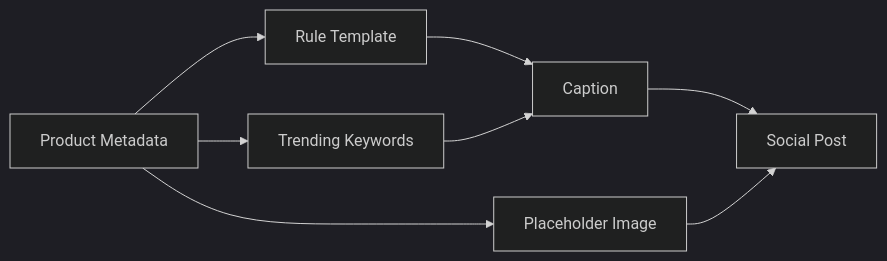
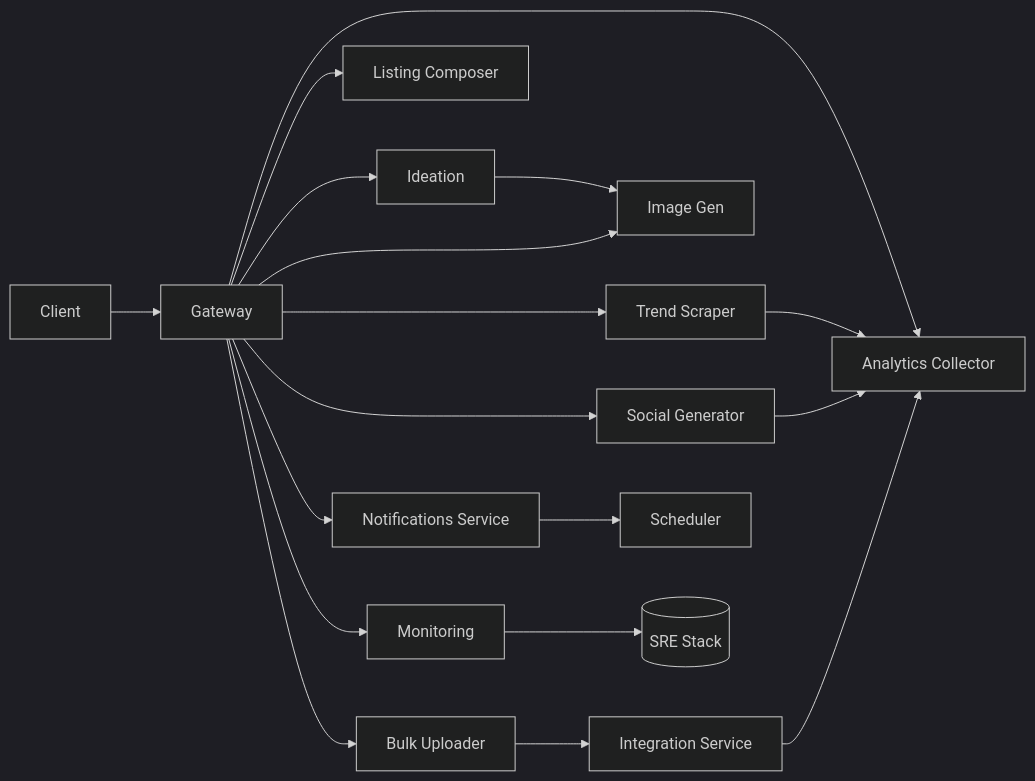
The first of 2 diagrams in docs/internal_docs.md (g4mm4p4nd4/PODPusher), drawn with Mermaid (dark theme) before and after one commit. The commit also changed other lines of this file and 2 other files, not shown here.

````diff
--- a/docs/internal_docs.md
+++ b/docs/internal_docs.md
@@ -102,10 +19,20 @@
 ```mermaid
 flowchart LR
-    A[Product Metadata] --> B[Rule Template]
-    A --> C[Trending Keywords]
-    B --> D[Caption]
-    C --> D
-    A --> E[Placeholder Image]
-    D --> F[Social Post]
-    E --> F
+    Client --> GW[Gateway]
+    GW --> Scraper[Trend Scraper]
+    GW --> Ideation
+    Ideation --> ImageGen[Image Gen]
+    GW --> ImageGen
+    GW --> Listing[Listing Composer]
+    GW --> Social[Social Generator]
+    GW --> Bulk[Bulk Uploader]
+    Bulk --> Integration[Integration Service]
+    GW --> Notifications[Notifications Service]
+    Notifications --> Scheduler[Scheduler]
+    GW --> Analytics[Analytics Collector]
+    Scraper --> Analytics
+    Social --> Analytics
+    Integration --> Analytics
+    GW --> Monitor[Monitoring]
+    Monitor --> SRE[(SRE Stack)]
 ```
````
